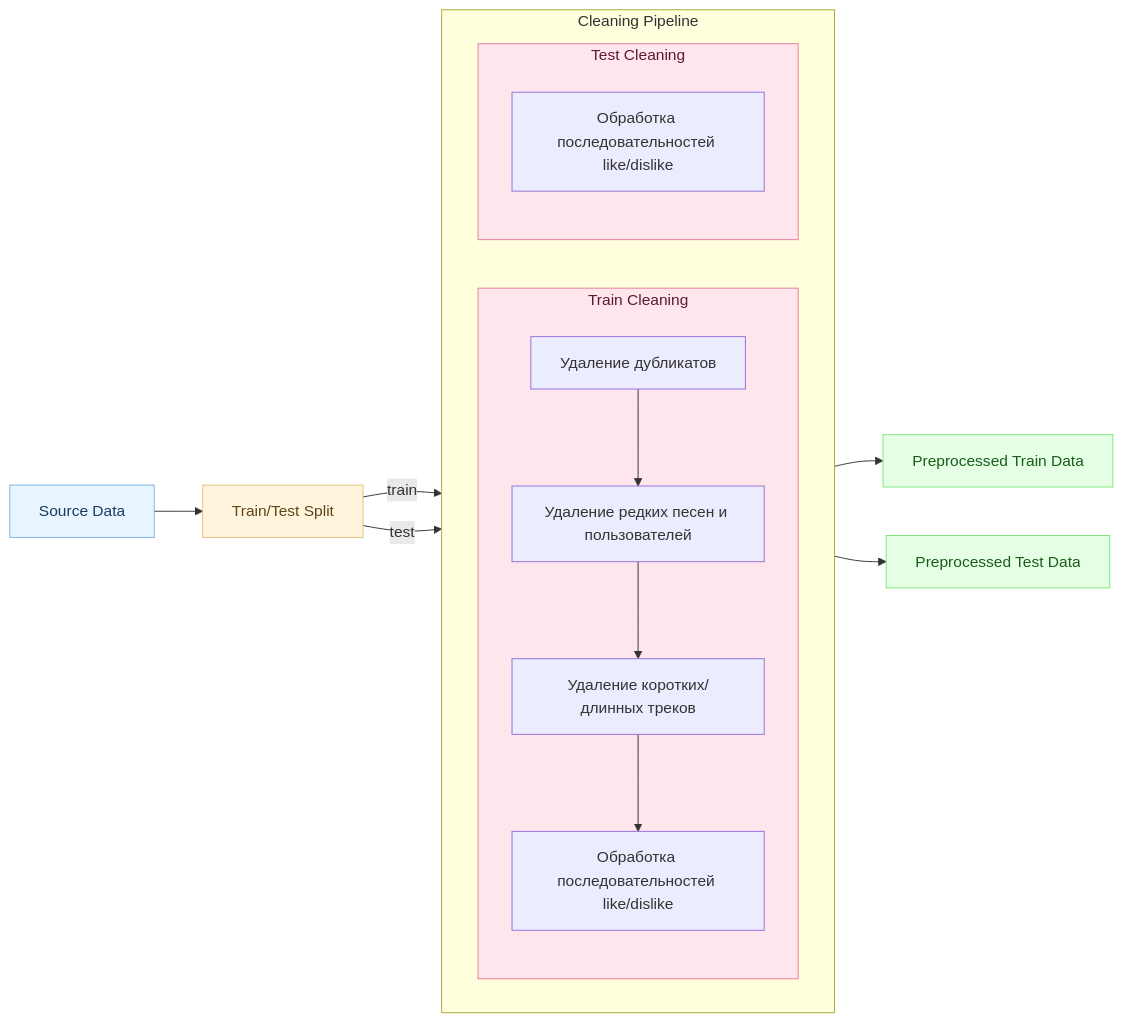
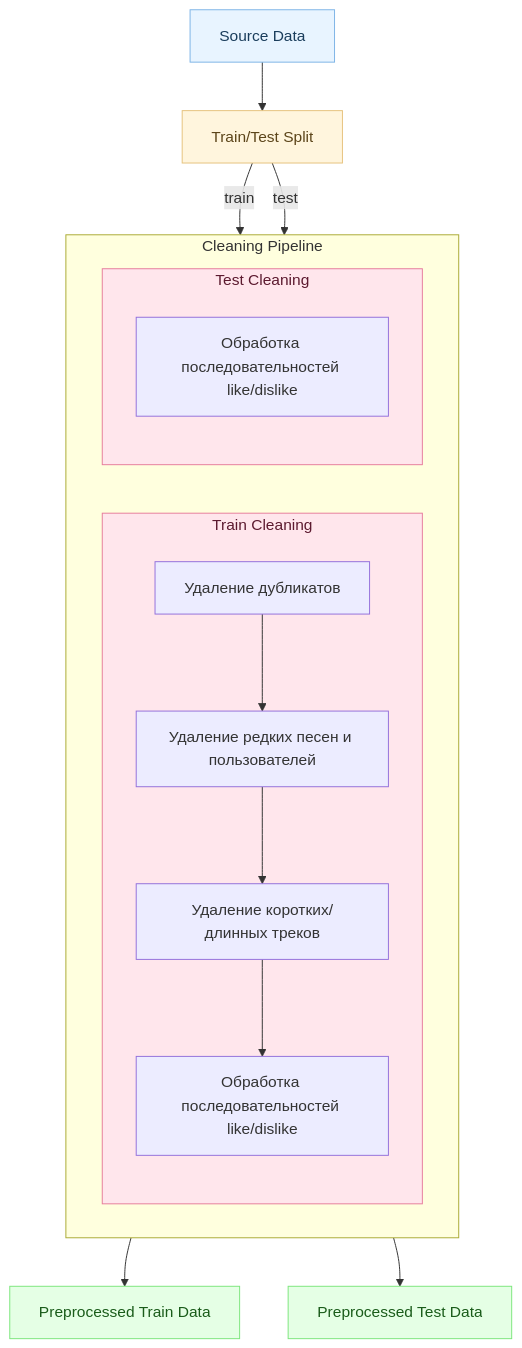
The first of 2 diagrams in README.md (Nastasy822/music-recommendation-experiments), drawn with Mermaid before and after one commit.

Commit message:
docs: add diagram of preprocessing

````diff
--- a/README.md
+++ b/README.md
@@ -138,52 +138,52 @@
 ```mermaid
-flowchart LR
+flowchart TB
 
     %% === Исходные данные ===
     SRC["Source Data"]
 
     %% === Train/Test Split ===
     SPLIT["Train/Test Split"]
 
     %% === Cleaning блок ===
     subgraph CLEANING["Cleaning Pipeline"]
         direction LR
 
         %% === Train Cleaning ===
         subgraph TRAIN_CLN["Train Cleaning"]
             direction TB
             N1["Удаление дубликатов"]
             N2["Удаление редких песен и пользователей"]
             N3["Удаление коротких/длинных треков"]
             N4["Обработка последовательностей like/dislike"]
             N1 --> N2 --> N3 --> N4
         end
 
         %% === Test Cleaning ===
         subgraph TEST_CLN["Test Cleaning"]
             direction TB
             T1["Обработка последовательностей like/dislike"]
         end
     end
 
     PRE_TRAIN["Preprocessed Train Data"]
     PRE_TEST["Preprocessed Test Data"]
 
     %% === Потоки ===
     SRC --> SPLIT
     SPLIT -->|train| N1
     SPLIT -->|test| T1
 
     N4 --> PRE_TRAIN
     T1 --> PRE_TEST
 
     %% === Стили ===
     classDef source fill:#e8f4ff,stroke:#7db4e6,color:#1a3d5c;
     classDef split fill:#fff5dd,stroke:#e6c27d,color:#5c451a;
     classDef clean fill:#ffe6ec,stroke:#e67d9c,color:#5c1a2f;
     classDef result fill:#e5ffe5,stroke:#7de67d,color:#1a5c1a;
 
     class SRC source;
     class SPLIT split;
     class TRAIN_CLN,TEST_CLN clean;
     class PRE_TRAIN,PRE_TEST result;
 ```
````
